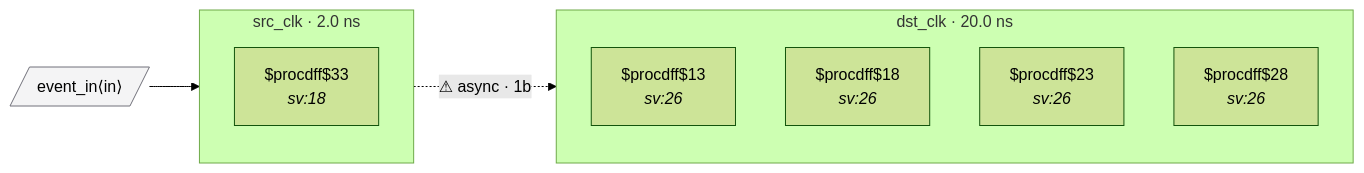
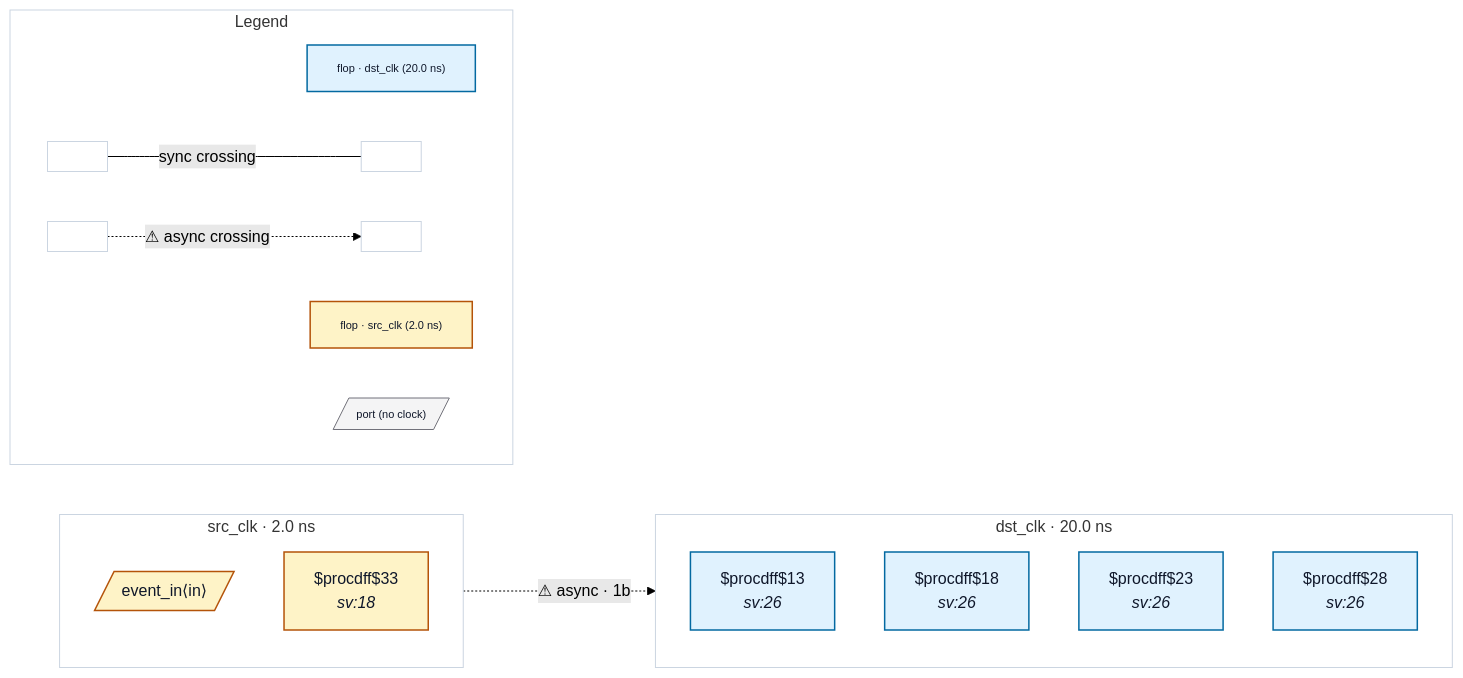
One commit to rtl-buddy/rtl-buddy-cdc changed the diagram in tests/fixtures/bad_fast_to_slow_control_loss/README.md. Above: the diagram before and after it, drawn with Mermaid (forest theme). The commit also changed 71 other files, not shown here.

First line of the commit message:
Refresh fixture READMEs + render iterations (colors, legend, nested ports, clock-net edges)

````diff
--- a/tests/fixtures/bad_fast_to_slow_control_loss/README.md
+++ b/tests/fixtures/bad_fast_to_slow_control_loss/README.md
@@ -16,19 +16,43 @@
 ```mermaid
 %% bad_fast_to_slow_control_loss — generated by rtl-buddy-cdc render
 flowchart LR
   subgraph clk_dst_clk["dst_clk · 20.0 ns"]
     direction TB
-    f_28ebc447["$procdff$13<br/><i>sv:26</i>"]
-    f_dee64a35["$procdff$18<br/><i>sv:26</i>"]
-    f_b90f9a36["$procdff$23<br/><i>sv:26</i>"]
-    f_58766f63["$procdff$28<br/><i>sv:26</i>"]
+    f_28ebc447["$procdff$13<br/><i>sv:26</i>"]:::ckcls_dst_clk
+    f_dee64a35["$procdff$18<br/><i>sv:26</i>"]:::ckcls_dst_clk
+    f_b90f9a36["$procdff$23<br/><i>sv:26</i>"]:::ckcls_dst_clk
+    f_58766f63["$procdff$28<br/><i>sv:26</i>"]:::ckcls_dst_clk
   end
   subgraph clk_src_clk["src_clk · 2.0 ns"]
     direction TB
-    f_8d4b9d9d["$procdff$33<br/><i>sv:18</i>"]
+    p_in_event_in[/"event_in⟨in⟩"/]:::ckcls_src_clk
+    f_8d4b9d9d["$procdff$33<br/><i>sv:18</i>"]:::ckcls_src_clk
   end
-  p_in_event_in[/"event_in⟨in⟩"/]:::port
-  p_in_event_in --> f_8d4b9d9d
   f_8d4b9d9d -. "⚠ async · 1b" .-> f_dee64a35
-  classDef port fill:#f4f4f5,stroke:#71717a
+  subgraph rb_legend["Legend"]
+    direction LR
+    lg_clk_dst_clk["flop · dst_clk (20.0 ns)"]:::ckcls_dst_clk
+    lg_clk_src_clk["flop · src_clk (2.0 ns)"]:::ckcls_src_clk
+    lg_port[/"port (no clock)"/]:::port_unassigned
+    lg_sync_a[" "]:::ckcls_legend_neutral
+    lg_sync_b[" "]:::ckcls_legend_neutral
+    lg_async_a[" "]:::ckcls_legend_neutral
+    lg_async_b[" "]:::ckcls_legend_neutral
+    lg_sync_a --- |"sync crossing"| lg_sync_b
+    lg_async_a -. "⚠ async crossing" .-> lg_async_b
+  end
+  style clk_dst_clk fill:none,stroke:#cbd5e1
+  style clk_src_clk fill:none,stroke:#cbd5e1
+  style rb_legend fill:none,stroke:#cbd5e1
+  style lg_clk_dst_clk font-size:11px
+  style lg_clk_src_clk font-size:11px
+  style lg_port font-size:11px
+  style lg_sync_a font-size:11px
+  style lg_sync_b font-size:11px
+  style lg_async_a font-size:11px
+  style lg_async_b font-size:11px
+  classDef ckcls_dst_clk fill:#e0f2fe,stroke:#0369a1,stroke-width:1.5px,color:#0f172a
+  classDef ckcls_src_clk fill:#fef3c7,stroke:#b45309,stroke-width:1.5px,color:#0f172a
+  classDef port_unassigned fill:#f4f4f5,stroke:#71717a,color:#0f172a
+  classDef ckcls_legend_neutral fill:#ffffff,stroke:#cbd5e1,stroke-width:1px,color:#0f172a
 ```
````
